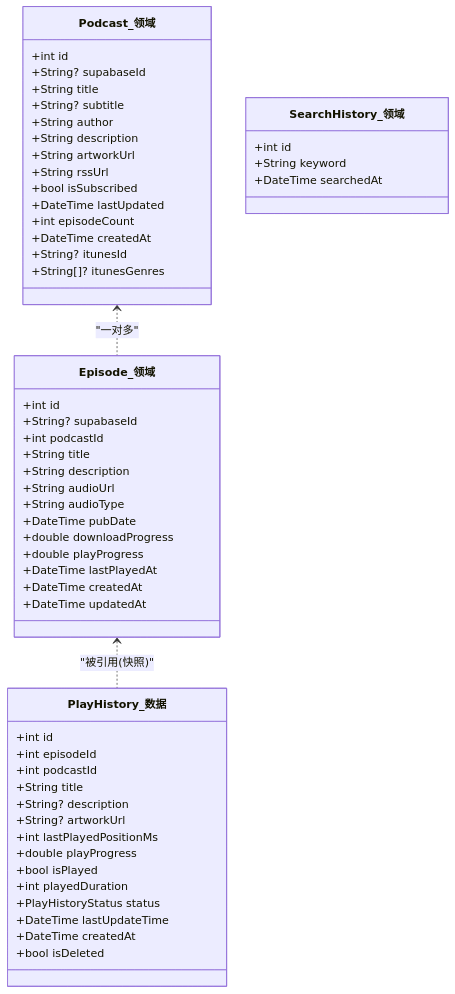
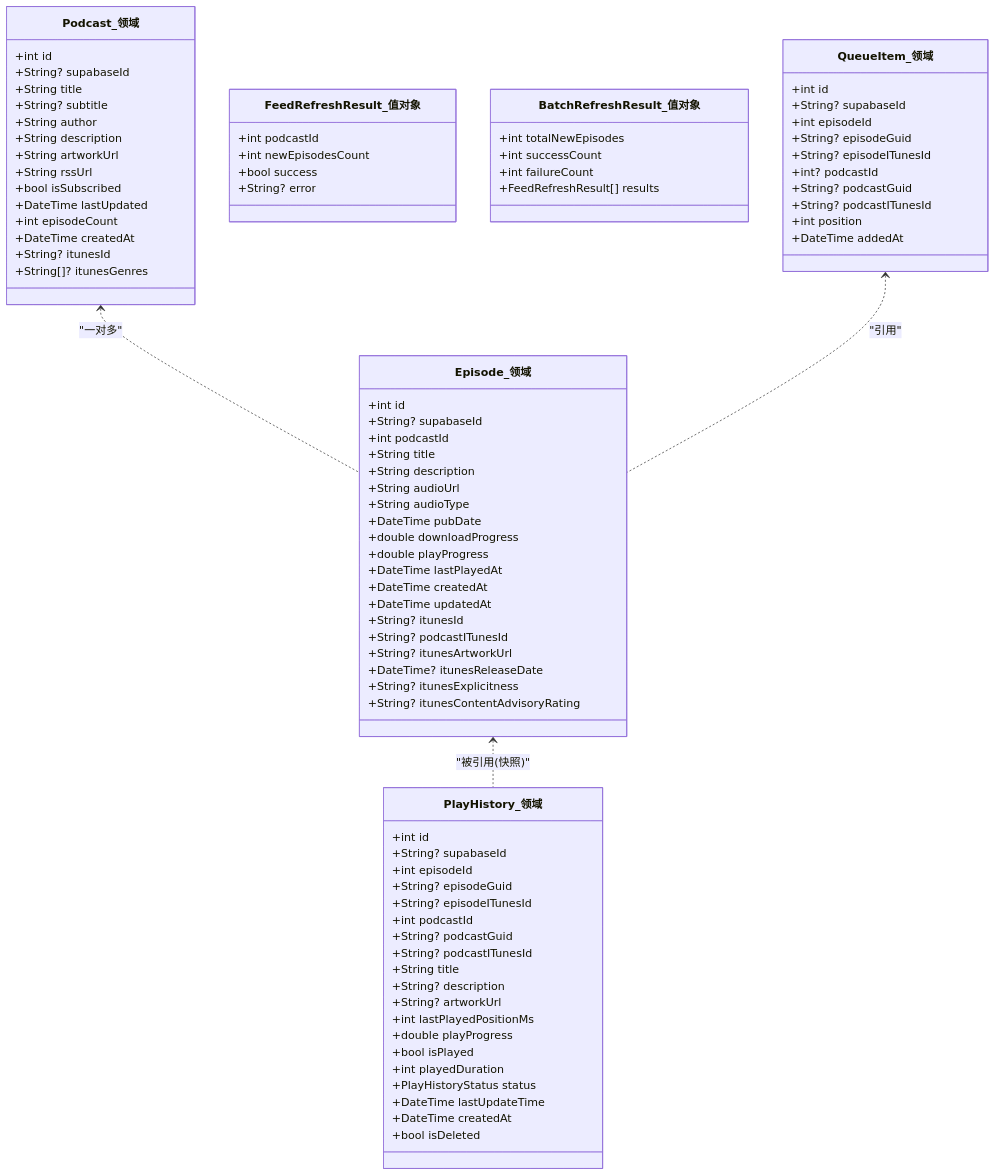
Before and after one commit to ZTfer/Tinycast: the second of 6 diagrams in .qoder/repowiki/zh/content/API 参考/领域实体 API.md, drawn with Mermaid. The commit also changed other lines of this file and 187 other files, not shown here.

````diff
--- a/.qoder/repowiki/zh/content/API 参考/领域实体 API.md
+++ b/.qoder/repowiki/zh/content/API 参考/领域实体 API.md
@@ -150,11 +188,22 @@
 +DateTime lastPlayedAt
 +DateTime createdAt
 +DateTime updatedAt
++String? itunesId
++String? podcastITunesId
++String? itunesArtworkUrl
++DateTime? itunesReleaseDate
++String? itunesExplicitness
++String? itunesContentAdvisoryRating
 }
-class PlayHistory_数据 {
+class PlayHistory_领域 {
 +int id
++String? supabaseId
 +int episodeId
++String? episodeGuid
++String? episodeITunesId
 +int podcastId
++String? podcastGuid
++String? podcastITunesId
 +String title
 +String? description
 +String? artworkUrl
@@ -167,11 +216,31 @@
 +DateTime createdAt
 +bool isDeleted
 }
-class SearchHistory_领域 {
+class FeedRefreshResult_值对象 {
++int podcastId
++int newEpisodesCount
++bool success
++String? error
+}
+class BatchRefreshResult_值对象 {
++int totalNewEpisodes
++int successCount
++int failureCount
++FeedRefreshResult[] results
+}
+class QueueItem_领域 {
 +int id
-+String keyword
-+DateTime searchedAt
++String? supabaseId
++int episodeId
++String? episodeGuid
++String? episodeITunesId
++int? podcastId
++String? podcastGuid
++String? podcastITunesId
++int position
++DateTime addedAt
 }
 Podcast_领域 <.. Episode_领域 : "一对多"
-Episode_领域 <.. PlayHistory_数据 : "被引用(快照)"
+Episode_领域 <.. PlayHistory_领域 : "被引用(快照)"
+QueueItem_领域 <.. Episode_领域 : "引用"
 ```
````
